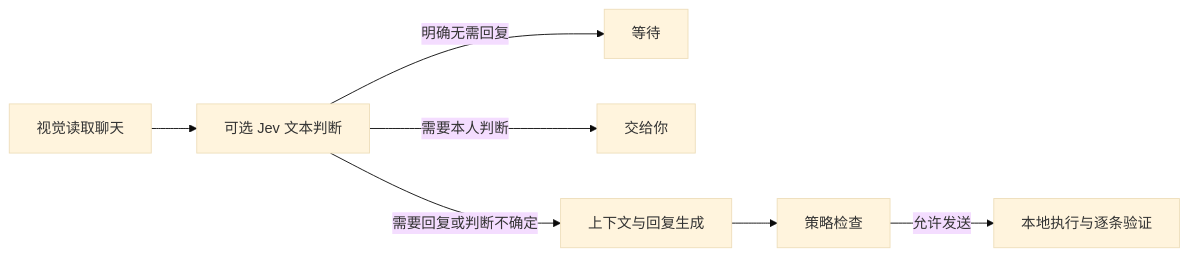
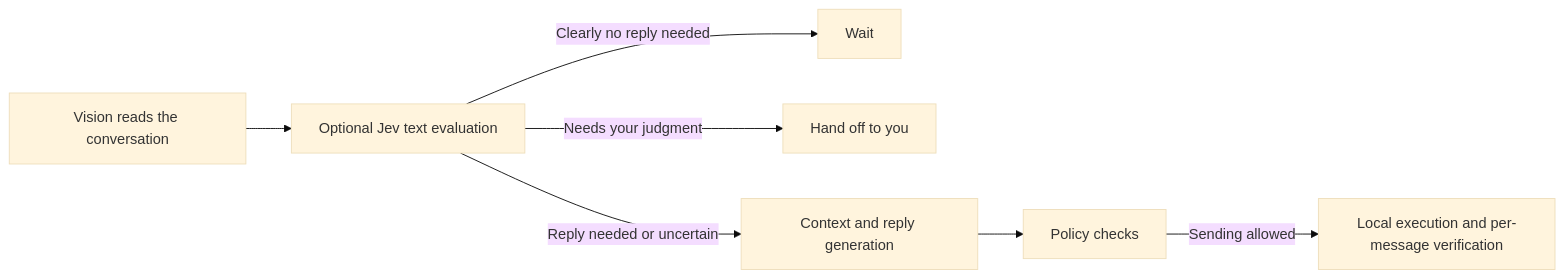
Before and after one commit to cyberpinkman/dating-booster: the diagram in README.md, drawn with Mermaid (base theme). The commit also changed other lines of this file and 3 other files, not shown here.

````diff
--- a/README.md
+++ b/README.md
@@ -35,9 +37,9 @@
 ```mermaid
 flowchart LR
-    A["视觉读取聊天"] --> B["可选 Jev 文本判断"]
-    B -->|明确无需回复| C["等待"]
-    B -->|需要本人判断| D["交给你"]
-    B -->|需要回复或判断不确定| E["上下文与回复生成"]
-    E --> F["策略检查"]
-    F -->|允许发送| G["本地执行与逐条验证"]
+    A["Vision reads the conversation"] --> B["Optional Jev text evaluation"]
+    B -->|Clearly no reply needed| C["Wait"]
+    B -->|Needs your judgment| D["Hand off to you"]
+    B -->|Reply needed or uncertain| E["Context and reply generation"]
+    E --> F["Policy checks"]
+    F -->|Sending allowed| G["Local execution and per-message verification"]
 ```
````
